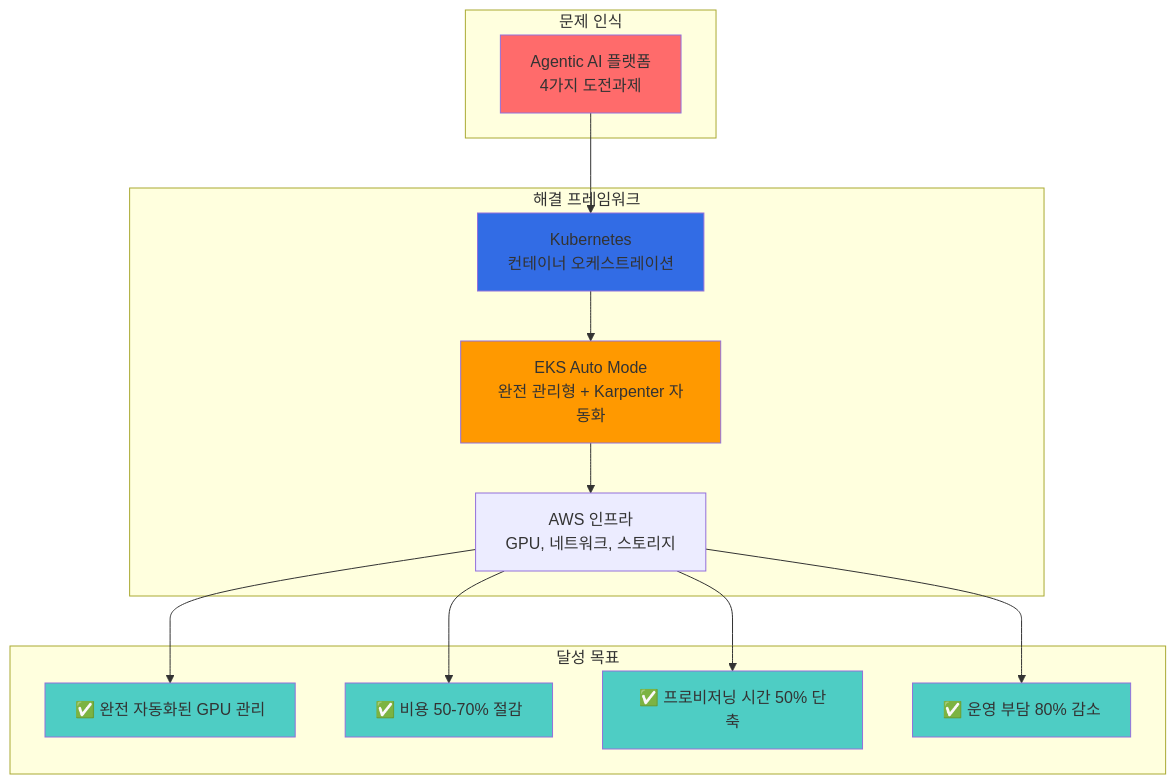
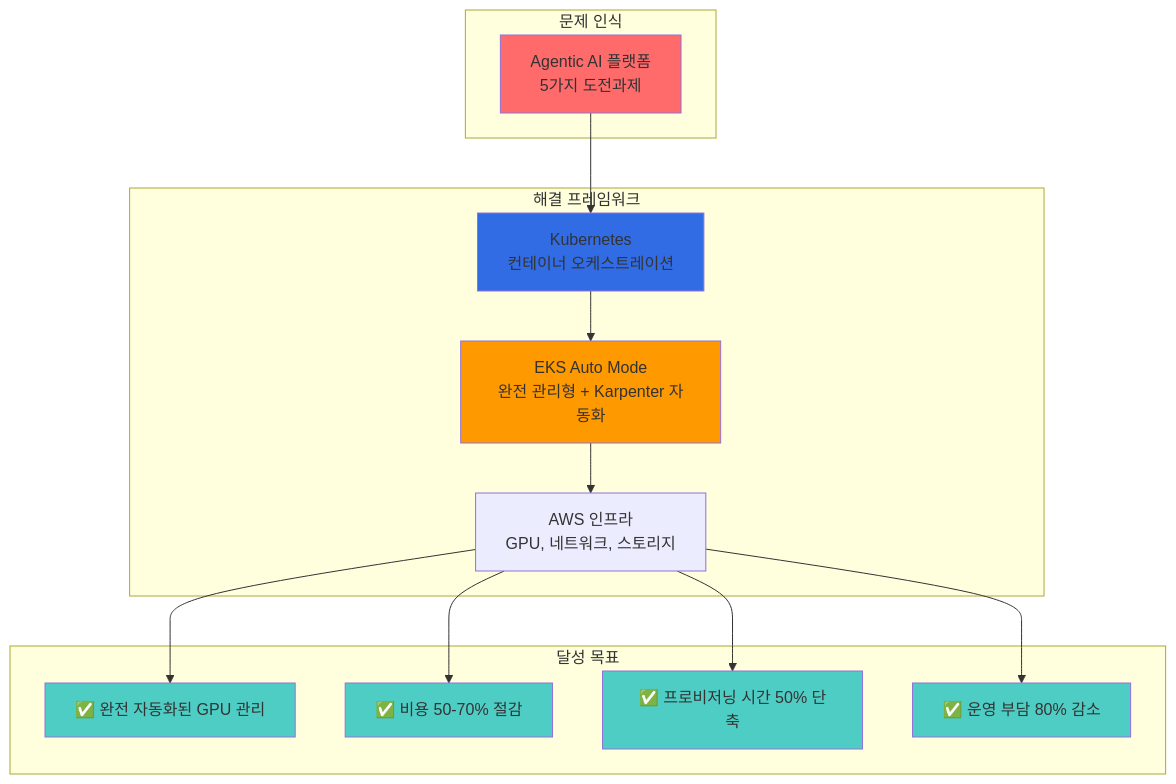
Diagram 15 of 15 in docs/agentic-ai-platform/design-architecture/agentic-ai-solutions-eks.md (devfloor9/engineering-playbook), drawn with Mermaid before and after one commit. The commit also changed other lines of this file and 5 other files, not shown here.

````diff
--- a/docs/agentic-ai-platform/design-architecture/agentic-ai-solutions-eks.md
+++ b/docs/agentic-ai-platform/design-architecture/agentic-ai-solutions-eks.md
@@ -2307,32 +2328,32 @@
 ```mermaid
 graph TB
     subgraph "문제 인식"
-        P["Agentic AI 플랫폼<br/>4가지 도전과제"]
+        P["Agentic AI 플랫폼<br/>5가지 도전과제"]
     end
 
     subgraph "해결 프레임워크"
         K8S["Kubernetes<br/>컨테이너 오케스트레이션"]
         AUTO["EKS Auto Mode<br/>완전 관리형 + Karpenter 자동화"]
         AWS["AWS 인프라<br/>GPU, 네트워크, 스토리지"]
     end
 
     subgraph "달성 목표"
         G1["✅ 완전 자동화된 GPU 관리"]
         G2["✅ 비용 50-70% 절감"]
         G3["✅ 프로비저닝 시간 50% 단축"]
         G4["✅ 운영 부담 80% 감소"]
     end
 
     P --> K8S
     K8S --> AUTO
     AUTO --> AWS
     AWS --> G1 & G2 & G3 & G4
 
     style P fill:#ff6b6b
     style K8S fill:#326ce5
     style AUTO fill:#ff9900
     style G1 fill:#4ecdc4
     style G2 fill:#4ecdc4
     style G3 fill:#4ecdc4
     style G4 fill:#4ecdc4
 ```
````
